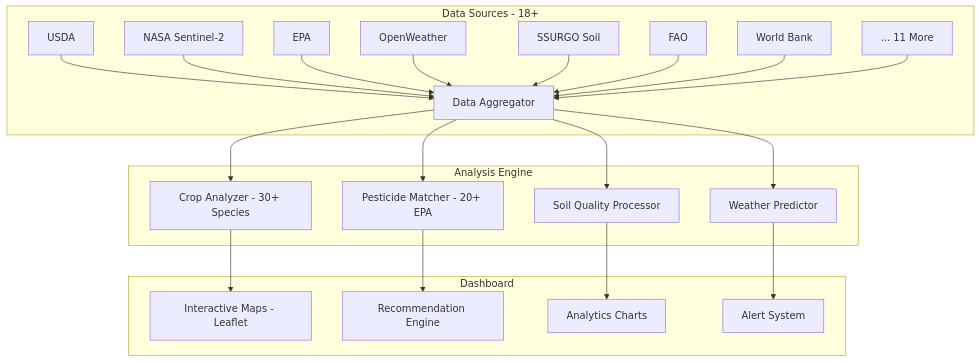
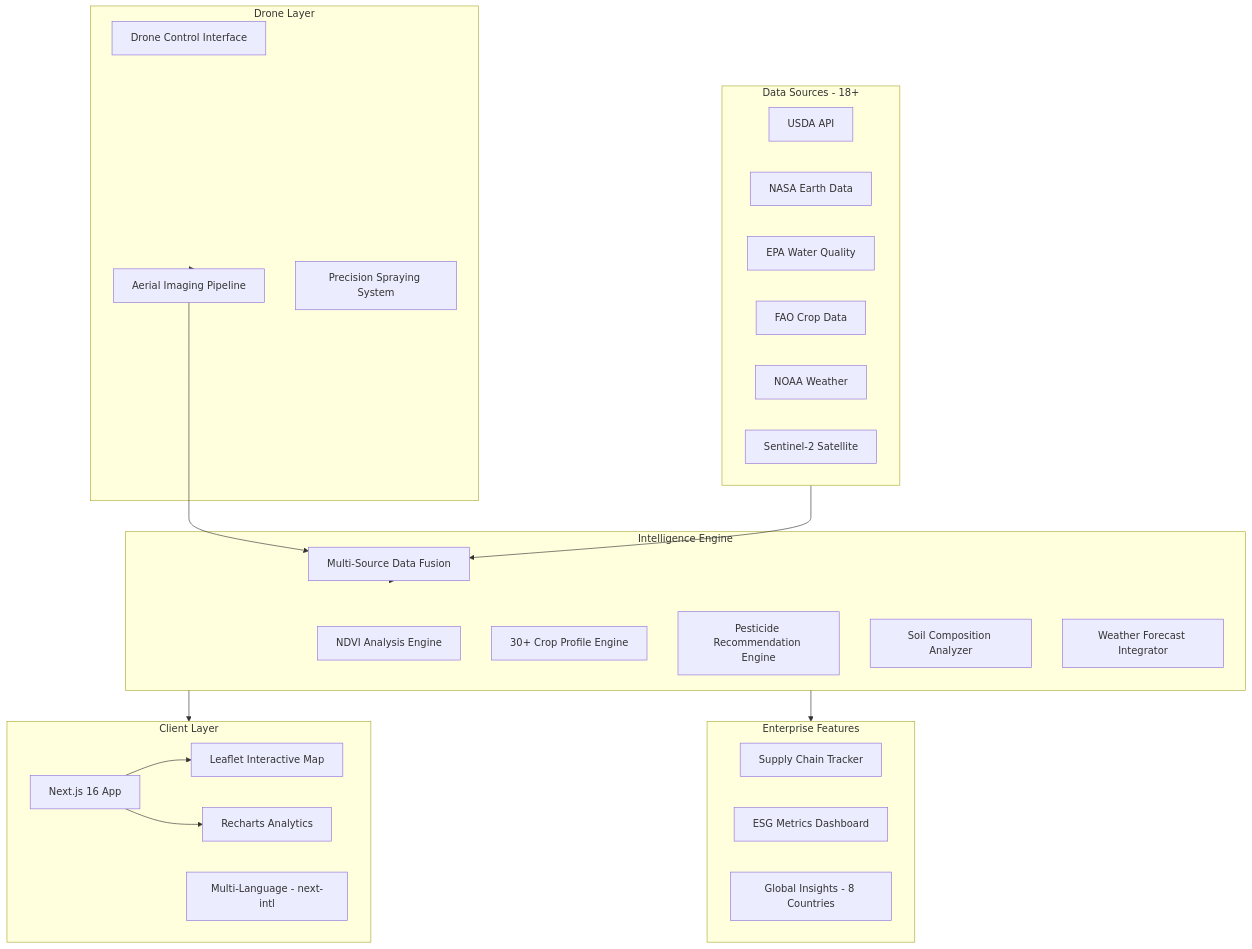
The diagram in README.md (lydianai/tarim.ailydian.com), drawn with Mermaid before and after one commit. The commit also changed other lines of this file and 2 other files, not shown here.

````diff
--- a/README.md
+++ b/README.md
@@ -58,25 +138,48 @@
 ```mermaid
-graph TD
-    subgraph "Data Sources - 18+"
-        A[USDA] --> K[Data Aggregator]
-        B[NASA Sentinel-2] --> K
-        C[EPA] --> K
-        D[OpenWeather] --> K
-        E[SSURGO Soil] --> K
-        F[FAO] --> K
-        G[World Bank] --> K
-        H[... 11 More] --> K
+graph TB
+    subgraph Sources["Data Sources - 18+"]
+        USDA[USDA API]
+        NASA_API[NASA Earth Data]
+        EPA[EPA Water Quality]
+        FAO[FAO Crop Data]
+        NOAA_API[NOAA Weather]
+        SENTINEL[Sentinel-2 Satellite]
     end
-    subgraph "Analysis Engine"
-        K --> L[Crop Analyzer - 30+ Species]
-        K --> M[Pesticide Matcher - 20+ EPA]
-        K --> N[Soil Quality Processor]
-        K --> O[Weather Predictor]
+
+    subgraph Client["Client Layer"]
+        WEB[Next.js 16 App]
+        MAP[Leaflet Interactive Map]
+        CHARTS[Recharts Analytics]
+        I18N[Multi-Language - next-intl]
     end
-    subgraph "Dashboard"
-        L --> P[Interactive Maps - Leaflet]
-        M --> Q[Recommendation Engine]
-        N --> R[Analytics Charts]
-        O --> S[Alert System]
+
+    subgraph Intelligence["Intelligence Engine"]
+        FUSION[Multi-Source Data Fusion]
+        NDVI[NDVI Analysis Engine]
+        CROP[30+ Crop Profile Engine]
+        PEST[Pesticide Recommendation Engine]
+        SOIL[Soil Composition Analyzer]
+        WEATHER[Weather Forecast Integrator]
     end
+
+    subgraph Drone["Drone Layer"]
+        CONTROL[Drone Control Interface]
+        AERIAL[Aerial Imaging Pipeline]
+        SPRAY[Precision Spraying System]
+    end
+
+    subgraph Enterprise["Enterprise Features"]
+        SUPPLY[Supply Chain Tracker]
+        ESG[ESG Metrics Dashboard]
+        GLOBAL[Global Insights - 8 Countries]
+    end
+
+    Sources --> FUSION
+    FUSION --> Intelligence
+    Intelligence --> Client
+    WEB --> MAP
+    WEB --> CHARTS
+    Drone --> AERIAL
+    AERIAL --> FUSION
+    Intelligence --> Enterprise
 ```
````
